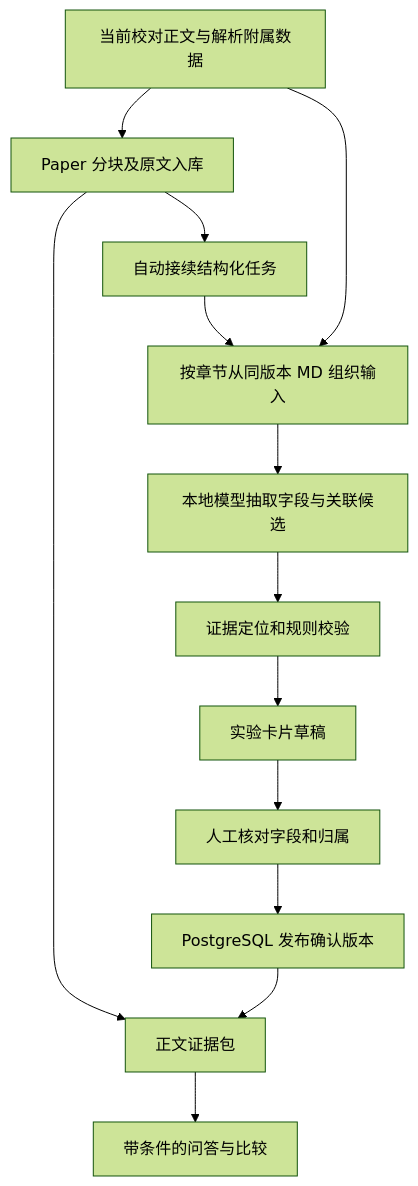
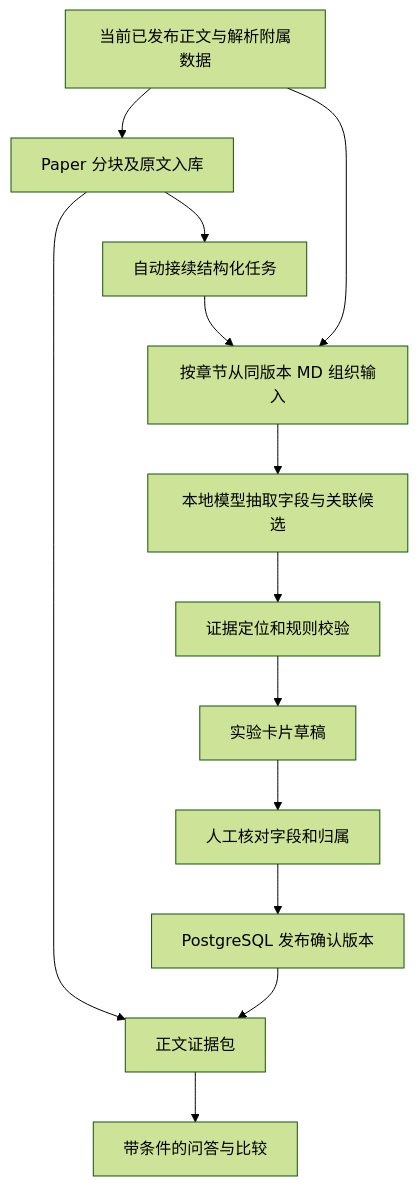
Before and after one commit to wengningwan/knowledge_base: the diagram in docs/develop-guides/decisions/proposed/2026-11-06-chemical-paper-structuring.md, drawn with Mermaid (forest theme). The commit also changed other lines of this file and 2 other files, not shown here.

````diff
--- a/docs/develop-guides/decisions/proposed/2026-11-06-chemical-paper-structuring.md
+++ b/docs/develop-guides/decisions/proposed/2026-11-06-chemical-paper-structuring.md
@@ -37,15 +37,15 @@
 ```mermaid
 flowchart TD
-    A[当前校对正文与解析附属数据] --> B[Paper 分块及原文入库]
+    A[当前已发布正文与解析附属数据] --> B[Paper 分块及原文入库]
     B --> C[自动接续结构化任务]
     C --> K[按章节从同版本 MD 组织输入]
     A --> K
     K --> D[本地模型抽取字段与关联候选]
     D --> E[证据定位和规则校验]
     E --> F[实验卡片草稿]
     F --> G[人工核对字段和归属]
     G --> H[PostgreSQL 发布确认版本]
     B --> I[正文证据包]
     H --> I
     I --> J[带条件的问答与比较]
 ```
````
